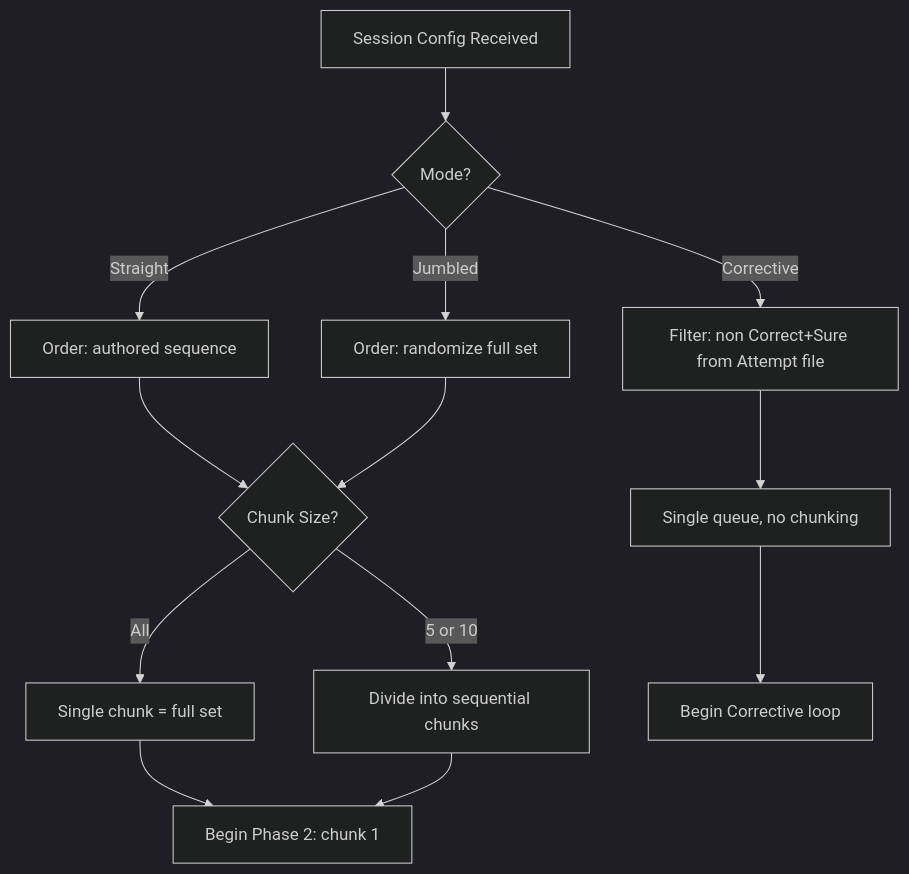
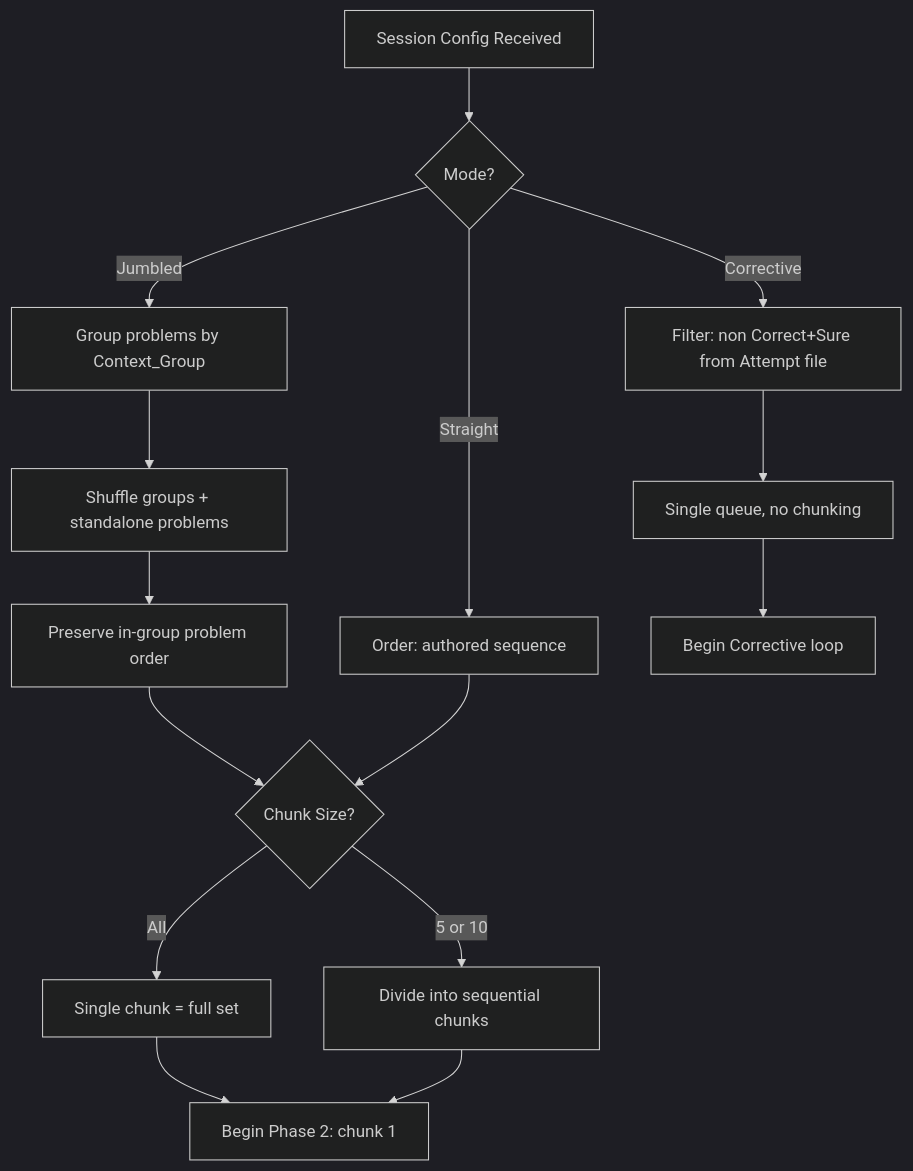
One commit to jaynote001/MCQTool changed the third of 6 diagrams in 3_Architecture/1_System_Architecture.md. Above: the diagram before and after it, drawn with Mermaid (dark theme). The commit also changed other lines of this file and 3 other files, not shown here.

Commit message:
Update Architecture Diagrams

````diff
--- a/3_Architecture/1_System_Architecture.md
+++ b/3_Architecture/1_System_Architecture.md
@@ -149,15 +176,17 @@
 ```mermaid
 flowchart TD
     A[Session Config Received] --> B{Mode?}
     B -->|Straight| C[Order: authored sequence]
-    B -->|Jumbled| D[Order: randomize full set]
+    B -->|Jumbled| D[Group problems by Context_Group]
     B -->|Corrective| E[Filter: non Correct+Sure from Attempt file]
-    C --> F{Chunk Size?}
-    D --> F
+    D --> D2[Shuffle groups + standalone problems]
+    D2 --> D3[Preserve in-group problem order]
+    D3 --> F{Chunk Size?}
+    C --> F
     F -->|All| G[Single chunk = full set]
     F -->|5 or 10| H[Divide into sequential chunks]
     E --> I[Single queue, no chunking]
     G --> J[Begin Phase 2: chunk 1]
     H --> J
     I --> K[Begin Corrective loop]
 ```
````
